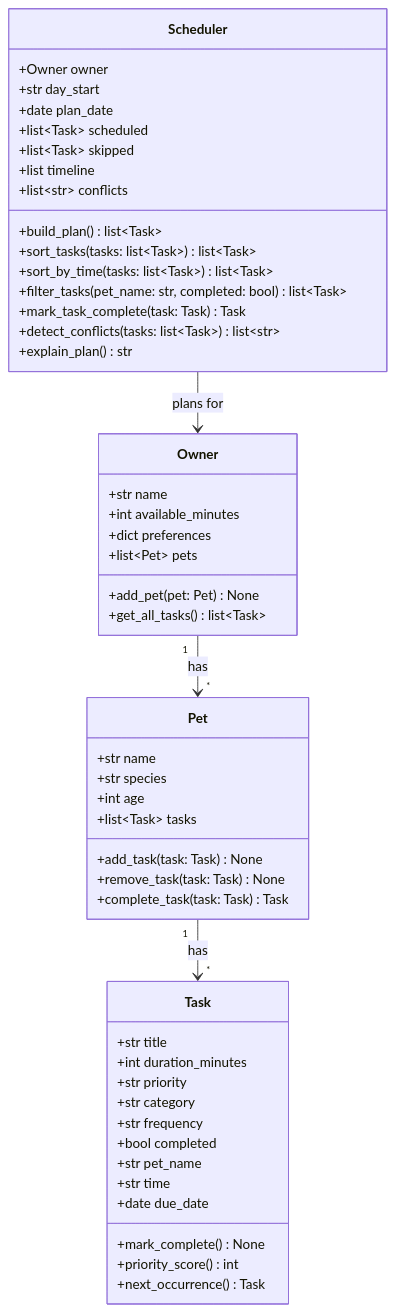
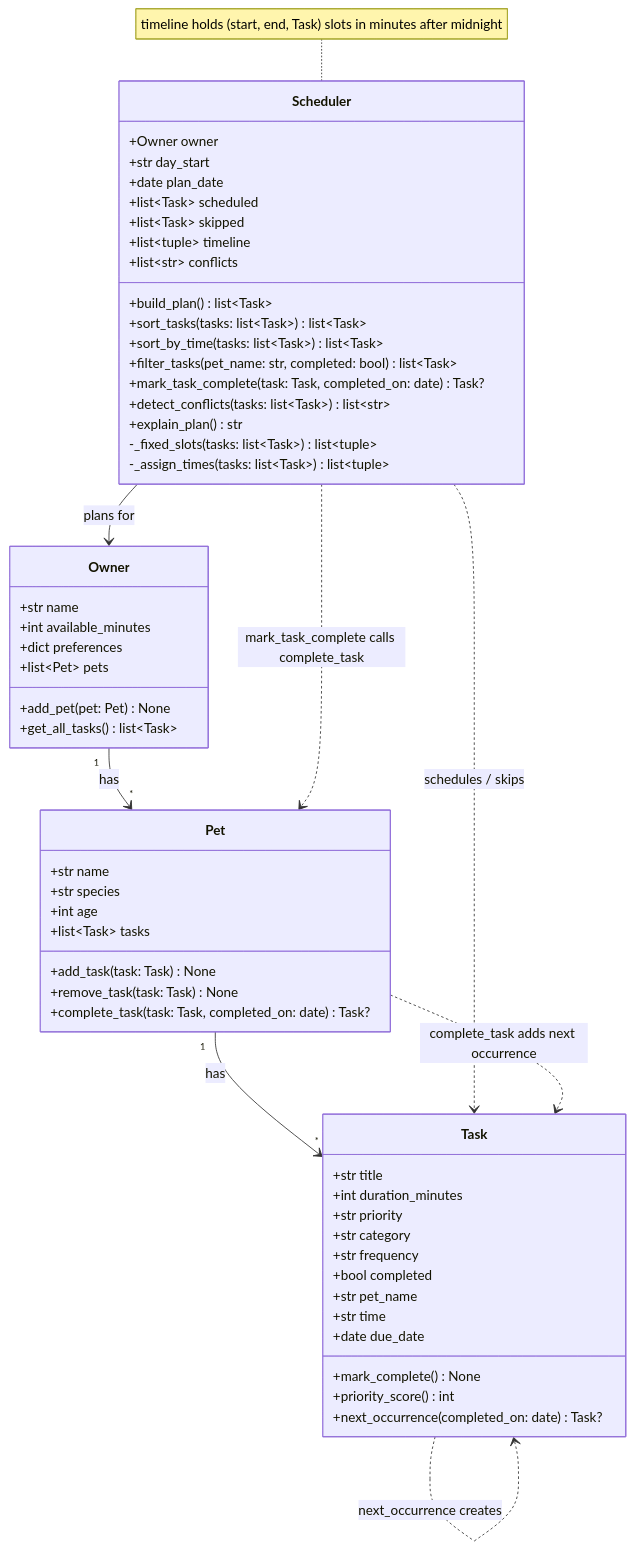
Before and after one commit to tisrale/ai110-module2show-pawpal-starter: the diagram in diagrams/uml.mmd, drawn with Mermaid. The commit also changed 7 other files, not shown here.

Commit message:
feat: finalize PawPal+ UI, edge-case tests, UML, and docs

```diff
--- a/diagrams/uml.mmd
+++ b/diagrams/uml.mmd
@@ -1,58 +1,68 @@
 classDiagram
-    %% PawPal+ initial design (Phase 1 draft).
-    %% Keep this file updated so it matches your final implementation.
+    %% PawPal+ final design. Matches pawpal_system.py.
+    %% "Task?" means the method can return None (no next occurrence).
+    %% Module-level helpers used by Scheduler (not classes):
+    %%   to_minutes(hhmm) -> int, to_hhmm(minutes) -> str, has_valid_time(task) -> bool
 
     class Owner {
         +str name
         +int available_minutes
         +dict preferences
         +list~Pet~ pets
         +add_pet(pet: Pet) None
         +get_all_tasks() list~Task~
     }
 
     class Pet {
         +str name
         +str species
         +int age
         +list~Task~ tasks
         +add_task(task: Task) None
         +remove_task(task: Task) None
-        +complete_task(task: Task) Task
+        +complete_task(task: Task, completed_on: date) Task?
     }
 
     class Task {
         +str title
         +int duration_minutes
         +str priority
         +str category
         +str frequency
         +bool completed
         +str pet_name
         +str time
         +date due_date
         +mark_complete() None
         +priority_score() int
-        +next_occurrence() Task
+        +next_occurrence(completed_on: date) Task?
     }
 
     class Scheduler {
         +Owner owner
         +str day_start
         +date plan_date
         +list~Task~ scheduled
         +list~Task~ skipped
-        +list timeline
+        +list~tuple~ timeline
         +list~str~ conflicts
         +build_plan() list~Task~
         +sort_tasks(tasks: list~Task~) list~Task~
         +sort_by_time(tasks: list~Task~) list~Task~
         +filter_tasks(pet_name: str, completed: bool) list~Task~
-        +mark_task_complete(task: Task) Task
+        +mark_task_complete(task: Task, completed_on: date) Task?
         +detect_conflicts(tasks: list~Task~) list~str~
         +explain_plan() str
+        -_fixed_slots(tasks: list~Task~) list~tuple~
+        -_assign_times(tasks: list~Task~) list~tuple~
     }
+
+    note for Scheduler "timeline holds (start, end, Task) slots in minutes after midnight"
 
     Owner "1" --> "*" Pet : has
     Pet "1" --> "*" Task : has
     Scheduler --> Owner : plans for
+    Scheduler ..> Task : schedules / skips
+    Scheduler ..> Pet : mark_task_complete calls complete_task
+    Pet ..> Task : complete_task adds next occurrence
+    Task ..> Task : next_occurrence creates
```
